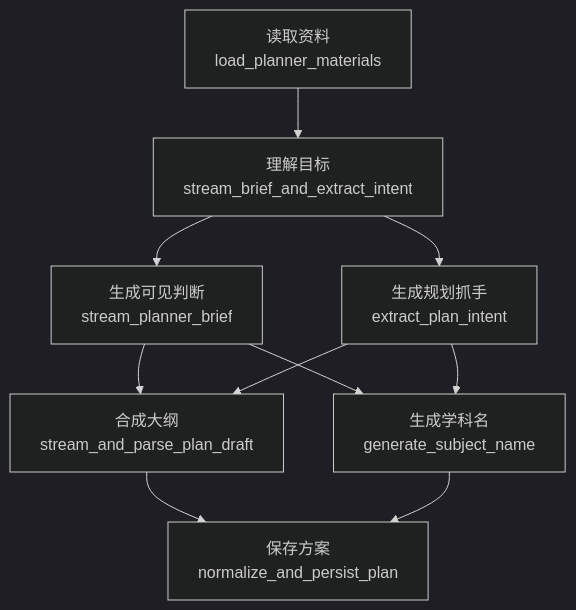
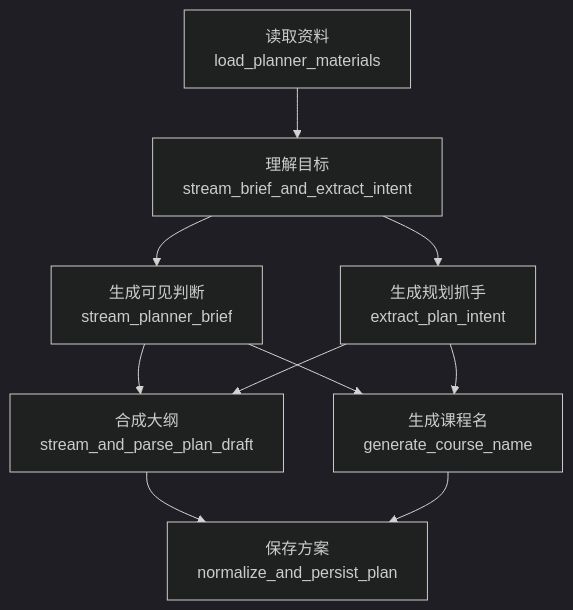
One commit to aiteachme/AITeachMe changed the diagram in backend/app/workflows/digest/planner/README.md. Above: the diagram before and after it, drawn with Mermaid (dark theme). The commit also changed other lines of this file and 678 other files, not shown here.

````diff
--- a/backend/app/workflows/digest/planner/README.md
+++ b/backend/app/workflows/digest/planner/README.md
@@ -112,20 +112,20 @@
 ```mermaid
 flowchart TD
     A["读取资料<br/>load_planner_materials"]
     B["理解目标<br/>stream_brief_and_extract_intent"]
     B1["生成可见判断<br/>stream_planner_brief"]
     B2["生成规划抓手<br/>extract_plan_intent"]
     C["合成大纲<br/>stream_and_parse_plan_draft"]
-    E["生成学科名<br/>generate_subject_name"]
+    E["生成课程名<br/>generate_course_name"]
     D["保存方案<br/>normalize_and_persist_plan"]
 
     A --> B
     B --> B1
     B --> B2
     B1 --> C
     B2 --> C
     B1 --> E
     B2 --> E
     C --> D
     E --> D
 ```
````
